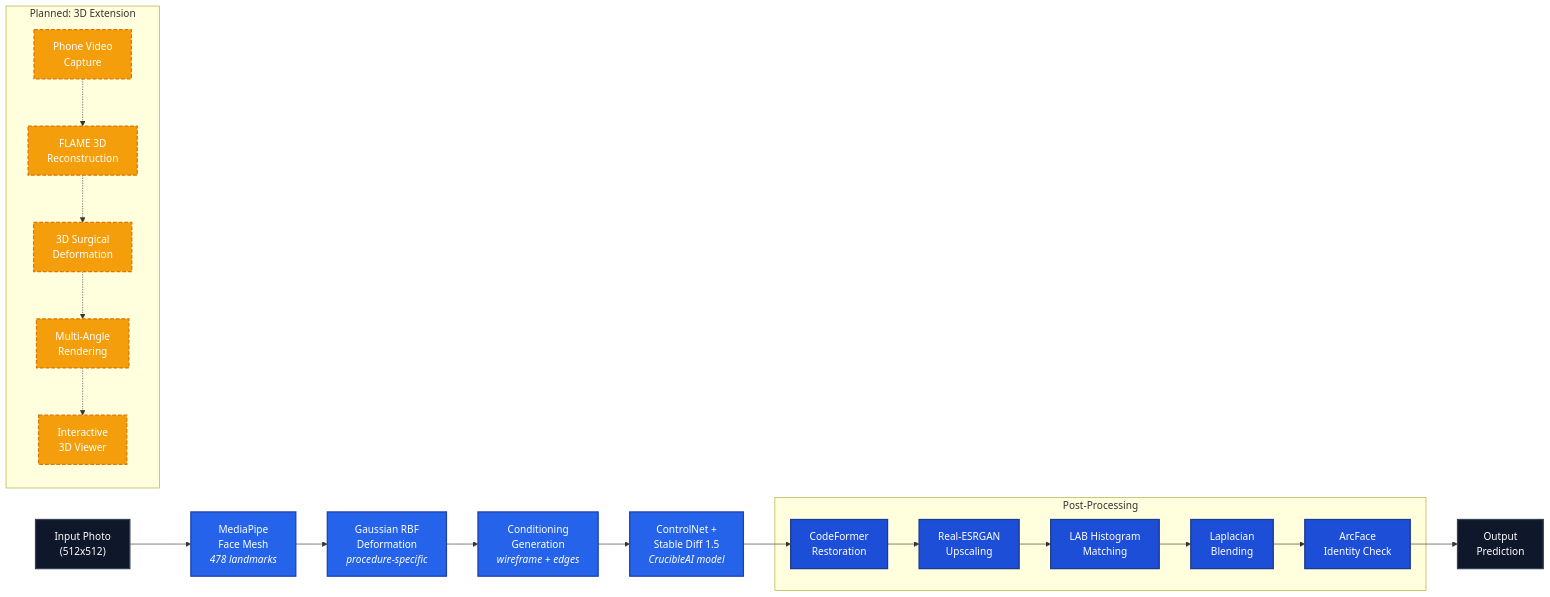
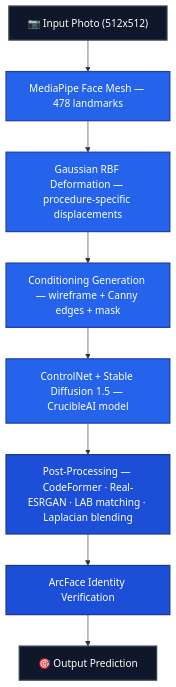
The diagram in README.md (dreamlessx/LandmarkDiff-public), drawn with Mermaid before and after one commit.

Commit message:
Fix L-shaped pipeline diagram in README
Replace graph LR Mermaid diagram with graph TD vertical flow.
Collapse post-processing subgraph and remove planned 3D extension
subgraph to eliminate L-shaped layout on GitHub.

````diff
--- a/README.md
+++ b/README.md
@@ -271,36 +271,15 @@
 ```mermaid
-graph LR
-    classDef current fill:#2563eb,stroke:#1e40af,color:#fff,stroke-width:2px
-    classDef postproc fill:#1d4ed8,stroke:#1e3a8a,color:#fff,stroke-width:2px
-    classDef planned fill:#f59e0b,stroke:#d97706,color:#fff,stroke-width:2px,stroke-dasharray:6 3
+graph TD
+    classDef stage fill:#2563eb,stroke:#1e40af,color:#fff,stroke-width:2px
+    classDef post fill:#1d4ed8,stroke:#1e3a8a,color:#fff,stroke-width:2px
     classDef io fill:#0f172a,stroke:#334155,color:#fff,stroke-width:2px
 
-    A["Input Photo<br/>(512x512)"]:::io
-    B["MediaPipe<br/>Face Mesh<br/><i>478 landmarks</i>"]:::current
-    C["Gaussian RBF<br/>Deformation<br/><i>procedure-specific</i>"]:::current
-    D["Conditioning<br/>Generation<br/><i>wireframe + edges</i>"]:::current
-    E["ControlNet +<br/>Stable Diff 1.5<br/><i>CrucibleAI model</i>"]:::current
-    G["Output<br/>Prediction"]:::io
-
-    A --> B --> C --> D --> E
-
-    subgraph postprocess ["Post-Processing"]
-        F1["CodeFormer<br/>Restoration"]:::postproc
-        F2["Real-ESRGAN<br/>Upscaling"]:::postproc
-        F3["LAB Histogram<br/>Matching"]:::postproc
-        F4["Laplacian<br/>Blending"]:::postproc
-        F5["ArcFace<br/>Identity Check"]:::postproc
-    end
-
-    E --> F1 --> F2 --> F3 --> F4 --> F5 --> G
-
-    subgraph future ["Planned: 3D Extension"]
-        H1["Phone Video<br/>Capture"]:::planned
-        H2["FLAME 3D<br/>Reconstruction"]:::planned
-        H3["3D Surgical<br/>Deformation"]:::planned
-        H4["Multi-Angle<br/>Rendering"]:::planned
-        H5["Interactive<br/>3D Viewer"]:::planned
-    end
-
-    H1 -.-> H2 -.-> H3 -.-> H4 -.-> H5
+    A["📷 Input Photo (512x512)"]:::io
+    A --> B["MediaPipe Face Mesh — 478 landmarks"]:::stage
+    B --> C["Gaussian RBF Deformation — procedure-specific displacements"]:::stage
+    C --> D["Conditioning Generation — wireframe + Canny edges + mask"]:::stage
+    D --> E["ControlNet + Stable Diffusion 1.5 — CrucibleAI model"]:::stage
+    E --> F["Post-Processing — CodeFormer · Real-ESRGAN · LAB matching · Laplacian blending"]:::post
+    F --> G["ArcFace Identity Verification"]:::post
+    G --> H["🎯 Output Prediction"]:::io
 ```
````
